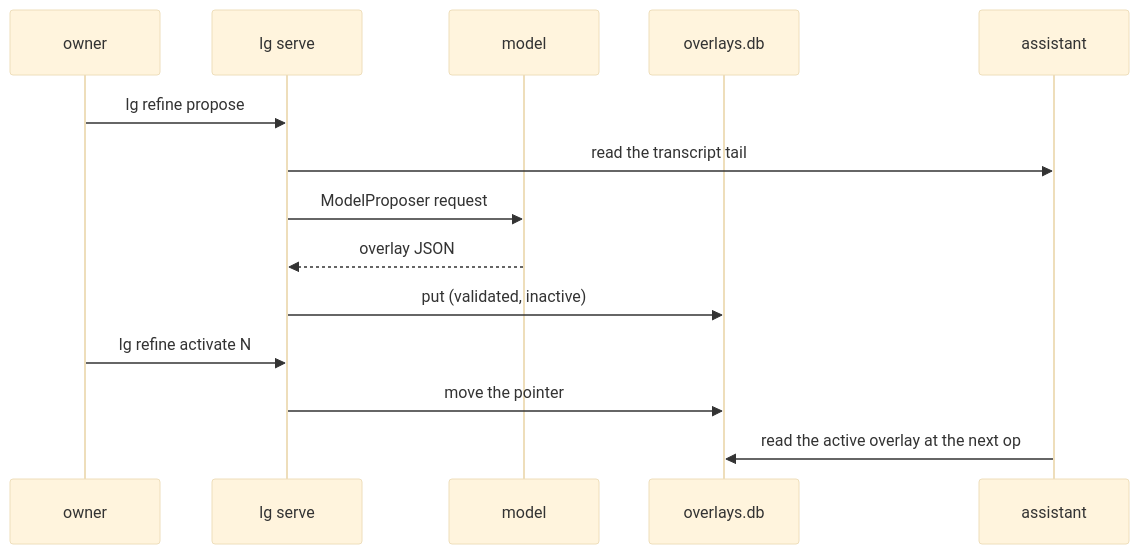
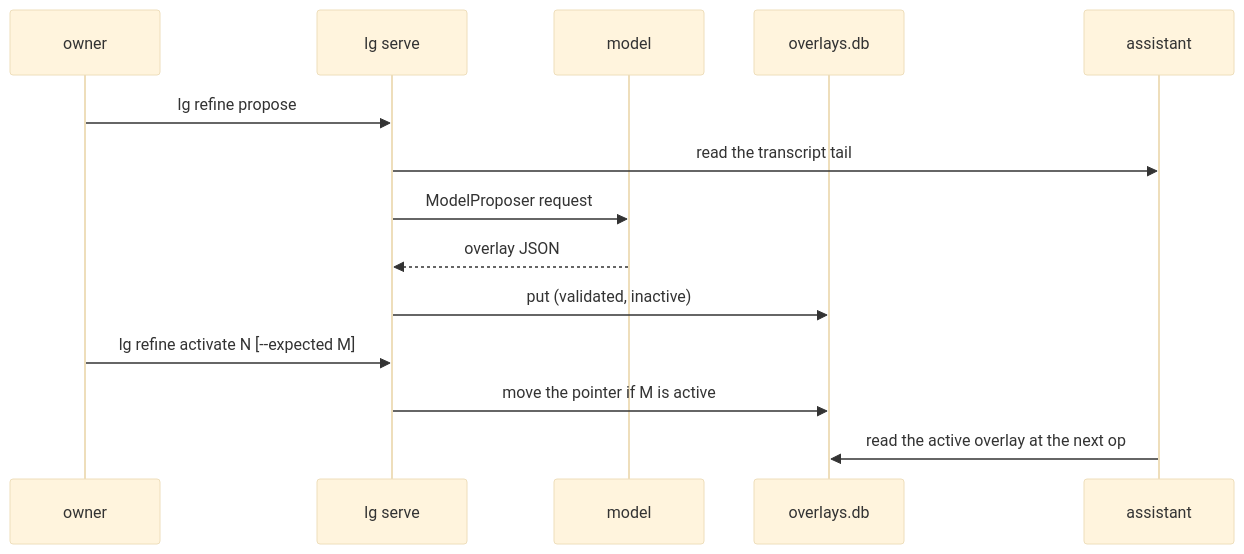
The diagram in docs/adr/0013-refine-loop.md (autumn-foundation/littleguy), drawn with Mermaid (base theme) before and after one commit. The commit also changed other lines of this file and 7 other files, not shown here.

````diff
--- a/docs/adr/0013-refine-loop.md
+++ b/docs/adr/0013-refine-loop.md
@@ -56,16 +70,16 @@
 ```mermaid
 sequenceDiagram
   participant O as owner
   participant D as lg serve
   participant M as model
   participant S as overlays.db
   participant A as assistant
   O->>D: lg refine propose
   D->>A: read the transcript tail
   D->>M: ModelProposer request
   M-->>D: overlay JSON
   D->>S: put (validated, inactive)
-  O->>D: lg refine activate N
-  D->>S: move the pointer
+  O->>D: lg refine activate N [--expected M]
+  D->>S: move the pointer if M is active
   A->>S: read the active overlay at the next op
 ```
````
